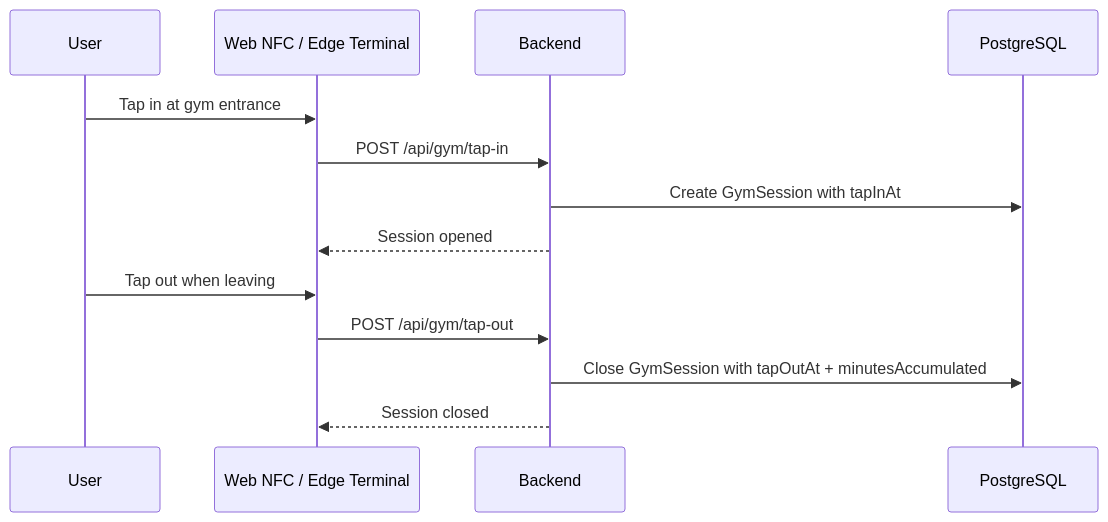
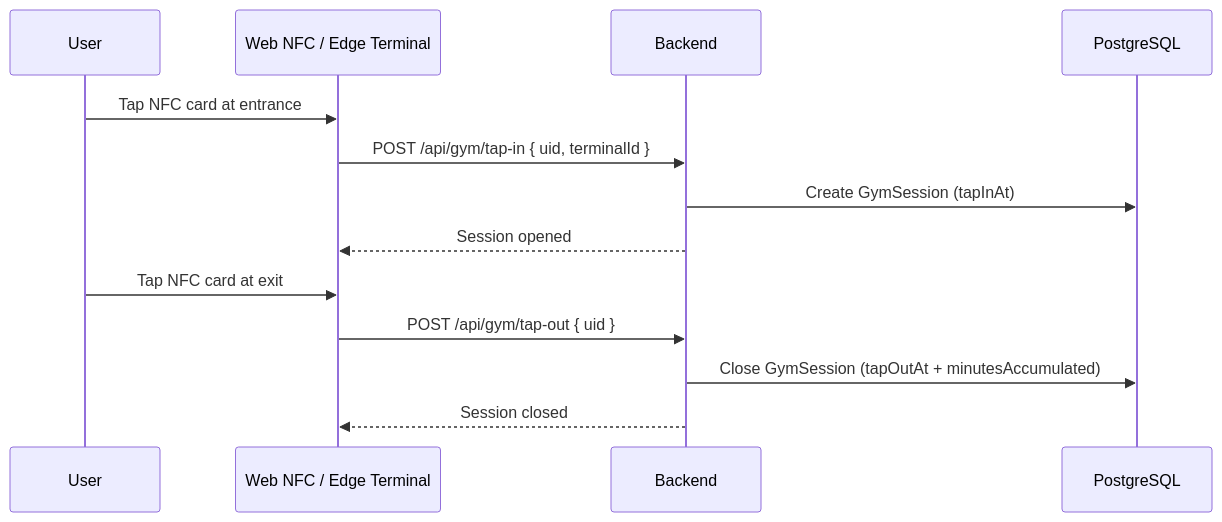
One commit to learningwithshaun/PavelPayments changed the sixth of 7 diagrams in README.md. Above: the diagram before and after it, drawn with Mermaid. The commit also changed other lines of this file and 7 other files, not shown here.

````diff
--- a/README.md
+++ b/README.md
@@ -132,17 +215,17 @@
 ```mermaid
 sequenceDiagram
   participant User
   participant Device as Web NFC / Edge Terminal
   participant Backend
   participant DB as PostgreSQL
 
-  User->>Device: Tap in at gym entrance
-  Device->>Backend: POST /api/gym/tap-in
-  Backend->>DB: Create GymSession with tapInAt
+  User->>Device: Tap NFC card at entrance
+  Device->>Backend: POST /api/gym/tap-in { uid, terminalId }
+  Backend->>DB: Create GymSession (tapInAt)
   Backend-->>Device: Session opened
 
-  User->>Device: Tap out when leaving
-  Device->>Backend: POST /api/gym/tap-out
-  Backend->>DB: Close GymSession with tapOutAt + minutesAccumulated
+  User->>Device: Tap NFC card at exit
+  Device->>Backend: POST /api/gym/tap-out { uid }
+  Backend->>DB: Close GymSession (tapOutAt + minutesAccumulated)
   Backend-->>Device: Session closed
 ```
````
